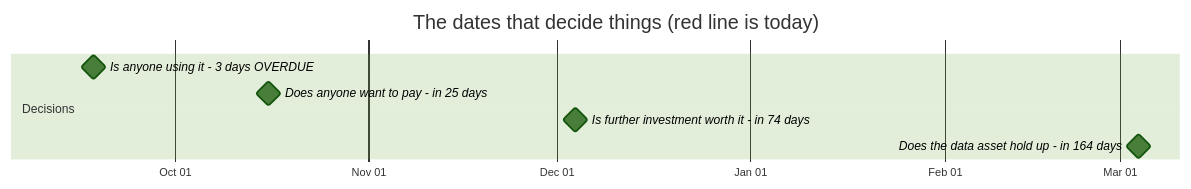
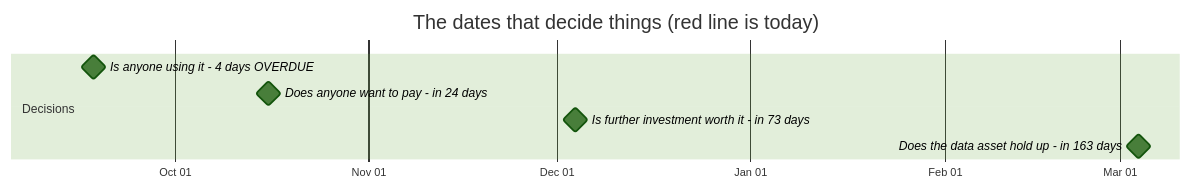
The first of 2 diagrams in docs/OWNER.md (jakegu1/vetagent), drawn with Mermaid (forest theme) before and after one commit. The commit also changed other lines of this file and 5 other files, not shown here.

````diff
--- a/docs/OWNER.md
+++ b/docs/OWNER.md
@@ -75,12 +75,12 @@
 ```mermaid
 gantt
     dateFormat YYYY-MM-DD
     axisFormat %b %d
     todayMarker stroke-width:3px,stroke:#d33,stroke-dasharray:0
     title The dates that decide things (red line is today)
     section Decisions
-    Is anyone using it - 3 days OVERDUE :milestone, 2026-09-18, 0d
-    Does anyone want to pay - in 25 days :milestone, 2026-10-16, 0d
-    Is further investment worth it - in 74 days :milestone, 2026-12-04, 0d
-    Does the data asset hold up - in 164 days :milestone, 2027-03-04, 0d
+    Is anyone using it - 4 days OVERDUE :milestone, 2026-09-18, 0d
+    Does anyone want to pay - in 24 days :milestone, 2026-10-16, 0d
+    Is further investment worth it - in 73 days :milestone, 2026-12-04, 0d
+    Does the data asset hold up - in 163 days :milestone, 2027-03-04, 0d
 ```
````
